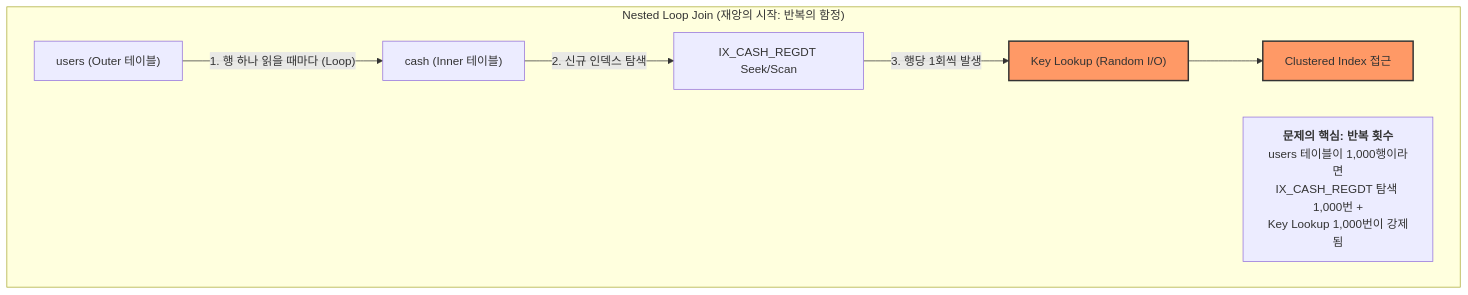
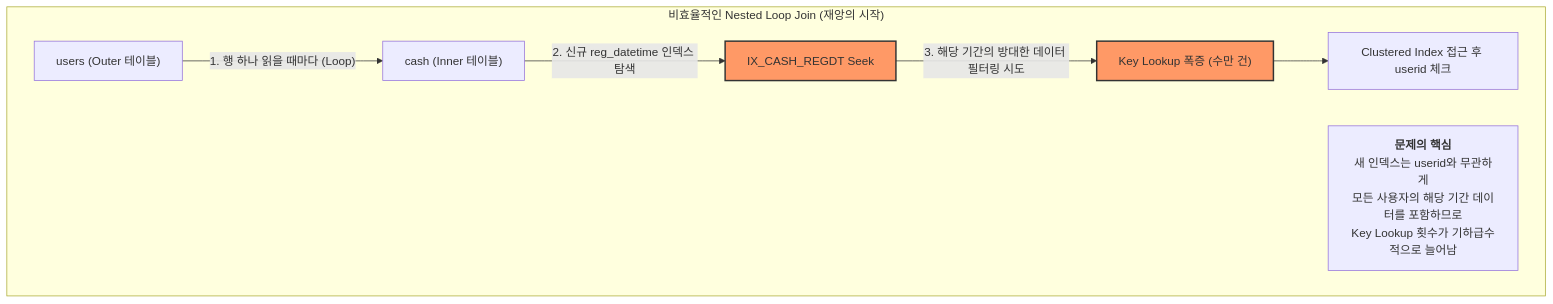
The second of 2 diagrams in troubleshooting/payletter_index_optimization.md (muzzaiwork/candidate), drawn with Mermaid before and after one commit. The commit also changed other lines of this file, not shown here.

Commit message:
Refactor scenario to emphasize index switching (userid to reg_datetime) during join

````diff
--- a/troubleshooting/payletter_index_optimization.md
+++ b/troubleshooting/payletter_index_optimization.md
@@ -64,15 +65,15 @@
 ```mermaid
 graph TD
-    subgraph "Nested Loop Join (재앙의 시작: 반복의 함정)"
-        U_Outer["users (Outer 테이블)"] -- "1. 행 하나 읽을 때마다 (Loop)" --> C_Inner["cash (Inner 테이블)"]
+    subgraph "비효율적인 Nested Loop Join (재앙의 시작)"
+        U_Outer2["users (Outer 테이블)"] -- "1. 행 하나 읽을 때마다 (Loop)" --> C_Inner2["cash (Inner 테이블)"]
         
-        C_Inner -- "2. 신규 인덱스 탐색" --> N["IX_CASH_REGDT Seek/Scan"]
-        N -- "3. 행당 1회씩 발생" --> K["Key Lookup (Random I/O)"]
-        K --> C_L["Clustered Index 접근"]
+        C_Inner2 -- "2. 신규 reg_datetime 인덱스 탐색" --> IX_REG["IX_CASH_REGDT Seek"]
+        IX_REG -- "3. 해당 기간의 방대한 데이터 필터링 시도" --> K2["Key Lookup 폭증 (수만 건)"]
+        K2 --> C_L2["Clustered Index 접근 후 userid 체크"]
         
-        note2["<b>문제의 핵심: 반복 횟수</b><br/>users 테이블이 1,000행이라면<br/>IX_CASH_REGDT 탐색 1,000번 +<br/>Key Lookup 1,000번이 강제됨"]
+        note2["<b>문제의 핵심</b><br/>새 인덱스는 userid와 무관하게<br/>모든 사용자의 해당 기간 데이터를 포함하므로<br/>Key Lookup 횟수가 기하급수적으로 늘어남"]
     end
 
-    style K fill:#f96,stroke:#333,stroke-width:2px
-    style C_L fill:#f96,stroke:#333,stroke-width:2px
+    style IX_REG fill:#f96,stroke:#333,stroke-width:2px
+    style K2 fill:#f96,stroke:#333,stroke-width:2px
 ```
````
